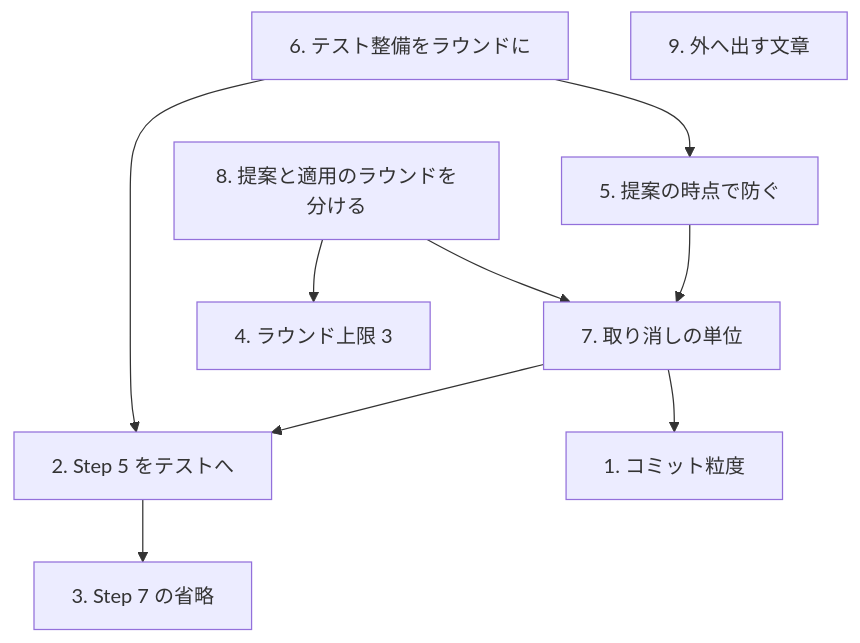
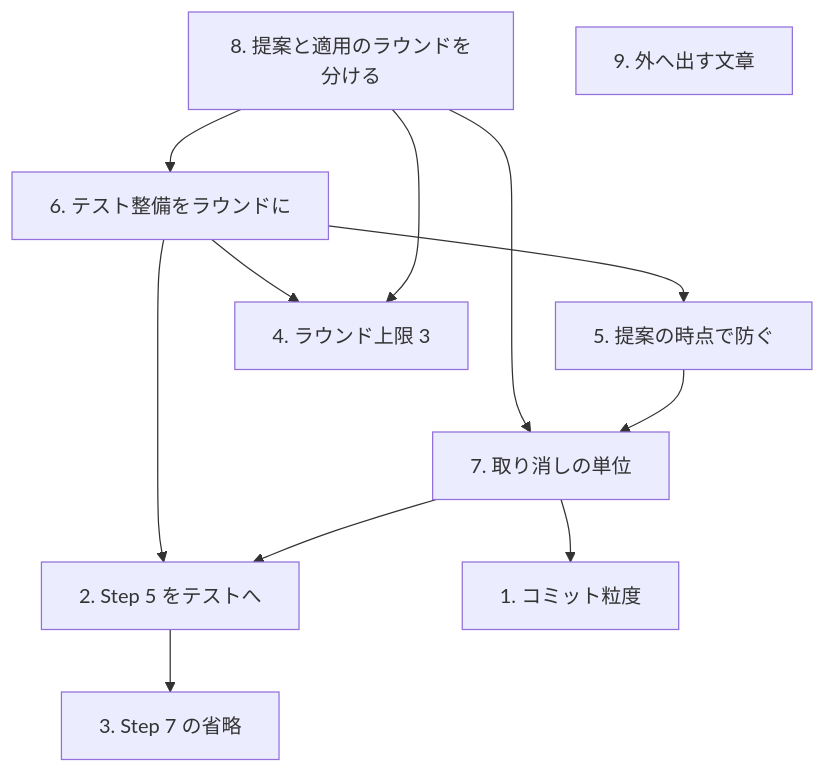
The diagram in issues/issue-436-cross-refactoring-flow/01-requirements.md (devbasex/ai-plugins), drawn with Mermaid before and after one commit. The commit also changed other lines of this file and 1 other file, not shown here.

Commit message:
Docs: 依存図・Gate の合否・CI 代替の条件とレビュー指摘 5 件を反映（#436）
ラウンド 3 のレビュー（agy）の指摘 5 件を直した。

- 依存図に `8 -> 6` と `6 -> 4` を足した。テスト整備ラウンドは 8 が導入する
  適用ラウンドを共有し、4 の上限の配分は 6 が新設する `--max-test-rounds` を含む
- フロー図の Gate に全体のテストの合否ノードを足した。無条件に報告へ流れていた
- 「常に分離できる」の保証範囲が群の間であることを明記した（群の中は分離しない）
- Step 7 の節へ、継続的統合でローカルテストを代替する条件と判定を書いた（B2）
- 決定 8 の根拠から「提案の母集合は変わらない」を外した。適用すると母集合が
  増えるという記述と矛盾していた。根拠は除外（決定 10）と 1 ラウンドあたりの
  適用件数の増加に置き直した

分量は重複した説明を削って収めた（02-design.md は 499 行）。

Claude-Session: https://claude.ai/code/session_01Cs8PEL4uC7r5SfVQde4Veb

````diff
--- a/issues/issue-436-cross-refactoring-flow/01-requirements.md
+++ b/issues/issue-436-cross-refactoring-flow/01-requirements.md
@@ -56,12 +56,14 @@
 ```mermaid
 flowchart TD
-    C6["6. テスト整備をラウンドに"] --> C2["2. Step 5 をテストへ"]
+    C8["8. 提案と適用のラウンドを分ける"] --> C6["6. テスト整備をラウンドに"]
+    C6 --> C2["2. Step 5 をテストへ"]
     C6 --> C5["5. 提案の時点で防ぐ"]
+    C6 --> C4["4. ラウンド上限 3"]
     C2 --> C3["3. Step 7 の省略"]
-    C8["8. 提案と適用のラウンドを分ける"] --> C7["7. 取り消しの単位"]
-    C8 --> C4["4. ラウンド上限 3"]
+    C8 --> C7["7. 取り消しの単位"]
+    C8 --> C4
     C7 --> C1["1. コミット粒度"]
     C7 --> C2
     C5 --> C7
     C9["9. 外へ出す文章"]
 ```
````
